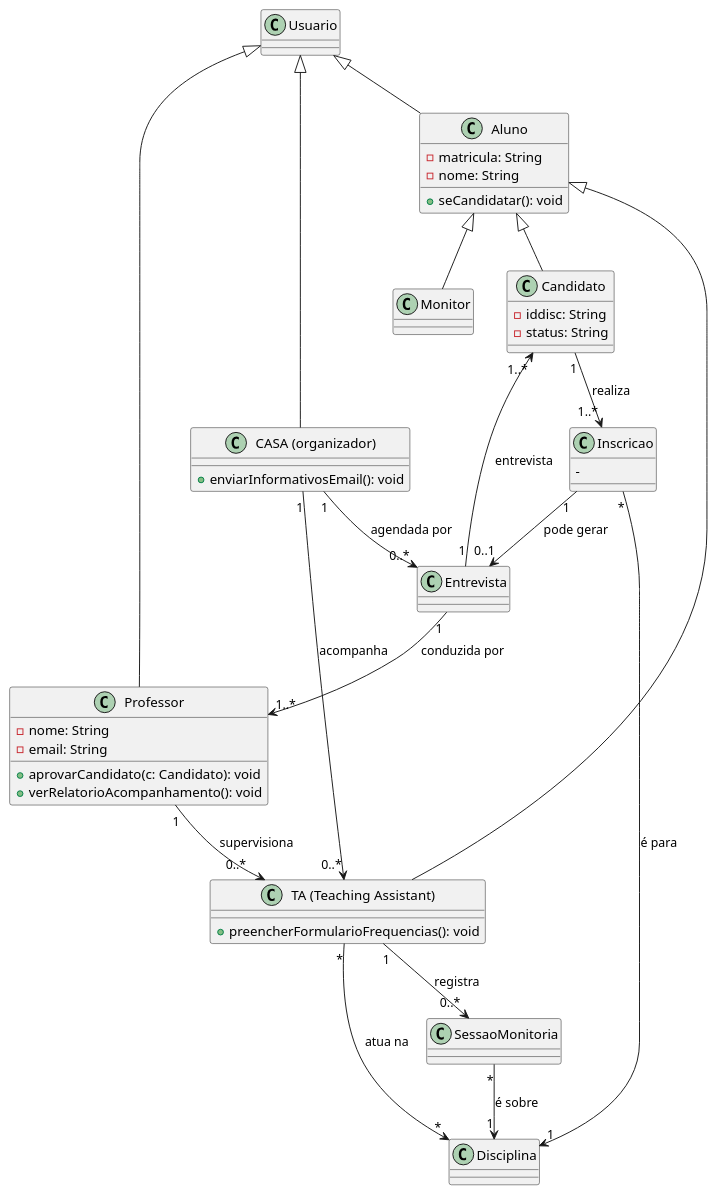
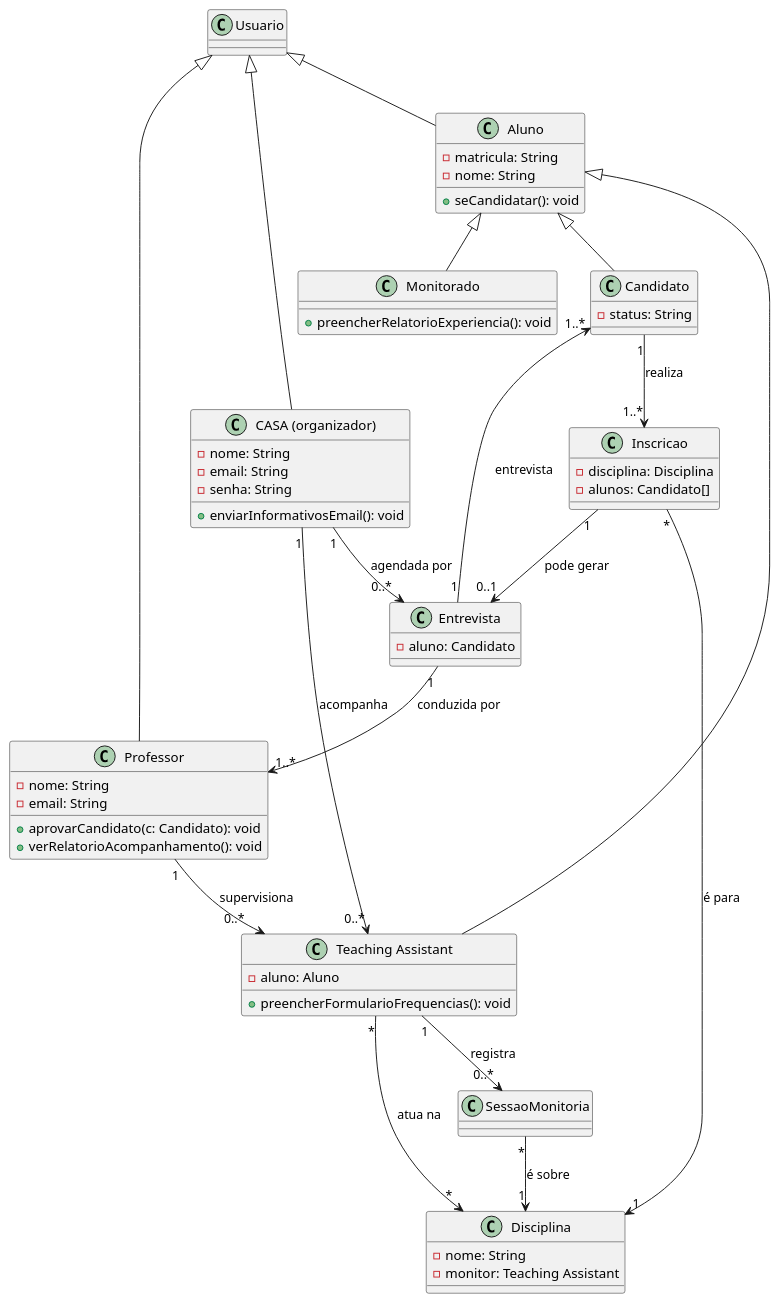
The diagram in docs/Elaboracao/diagramaDeClasses.puml (Projetos-de-Extensao/PBE_25.2_8004_Pioneiros), drawn with PlantUML before and after one commit. The commit also changed 13 other files, not shown here.

```diff
--- a/docs/Elaboracao/diagramaDeClasses.puml
+++ b/docs/Elaboracao/diagramaDeClasses.puml
@@ -1,66 +1,76 @@
 @startuml
 
 ' Definição das classes
 class Usuario
 class Aluno {
     - matricula: String
     - nome: String  
 
     + seCandidatar(): void
 }
 class Professor {
     - nome: String
     - email: String
 
     + aprovarCandidato(c: Candidato): void
     + verRelatorioAcompanhamento(): void
 
 }
 class "CASA (organizador)" as CASA {
+    - nome: String
+    - email: String
+    - senha: String
     
     + enviarInformativosEmail(): void
 }
 class Candidato {
-    - iddisc: String
     - status: String
 }
-class Monitor
-class "TA (Teaching Assistant)" as TA {
-
+class Monitorado {
+    + preencherRelatorioExperiencia(): void
+}
+class "Teaching Assistant" as TA {
+    - aluno: Aluno
     + preencherFormularioFrequencias(): void
 }
-class Disciplina
+class Disciplina {
+    - nome: String
+    - monitor: Teaching Assistant
+}
 class Inscricao {
-    - 
+    - disciplina: Disciplina
+    - alunos: Candidato[]
 }
-class Entrevista
+class Entrevista {
+    - aluno: Candidato
+}
 class SessaoMonitoria
 
 ' Relacionamentos de Herança (Generalização)
 ' Um Aluno, Professor e CASA são tipos de Usuário.
-Usuario <|-- Aluno
-Usuario <|-- Professor
-Usuario <|-- CASA
+Usuario <|-down- Aluno
+Usuario <|-down- Professor
+Usuario <|-down- CASA
 
 ' Candidato, Monitor e TA são papéis/especializações de um Aluno.
-Aluno <|-- Candidato
-Aluno <|-- Monitor
-Aluno <|-- TA
+Aluno <|-down- Candidato
+Aluno <|-down- Monitorado
+Aluno <|-down- TA
 
 ' Relacionamentos de Associação com Multiplicidade
 ' O fluxo de inscrição e entrevista
 Candidato "1" --> "1..*" Inscricao : realiza
 Inscricao "*" --> "1" Disciplina : é para
 Inscricao "1" --> "0..1" Entrevista : pode gerar
 Entrevista "1" --> "1..*" Candidato : entrevista
 Entrevista "1" --> "1..*" Professor : conduzida por
 CASA "1" --> "0..*" Entrevista : agendada por
 
 ' O fluxo de monitoria e acompanhamento
 TA "*" --> "*" Disciplina : atua na
 TA "1" --> "0..*" SessaoMonitoria : registra
 SessaoMonitoria "*" --> "1" Disciplina : é sobre
 Professor "1" --> "0..*" TA : supervisiona
 CASA "1" --> "0..*" TA : acompanha
 
 @enduml
```
